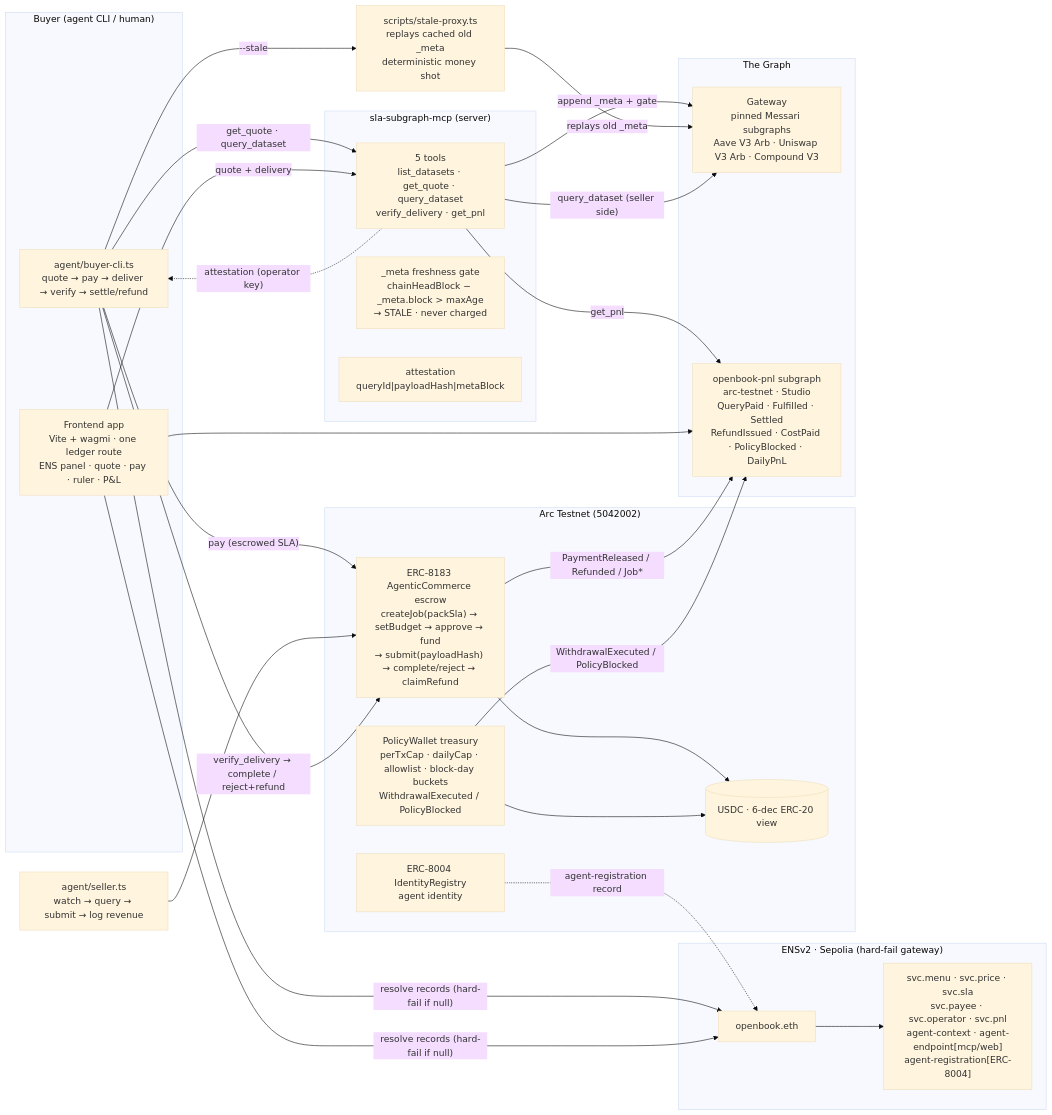
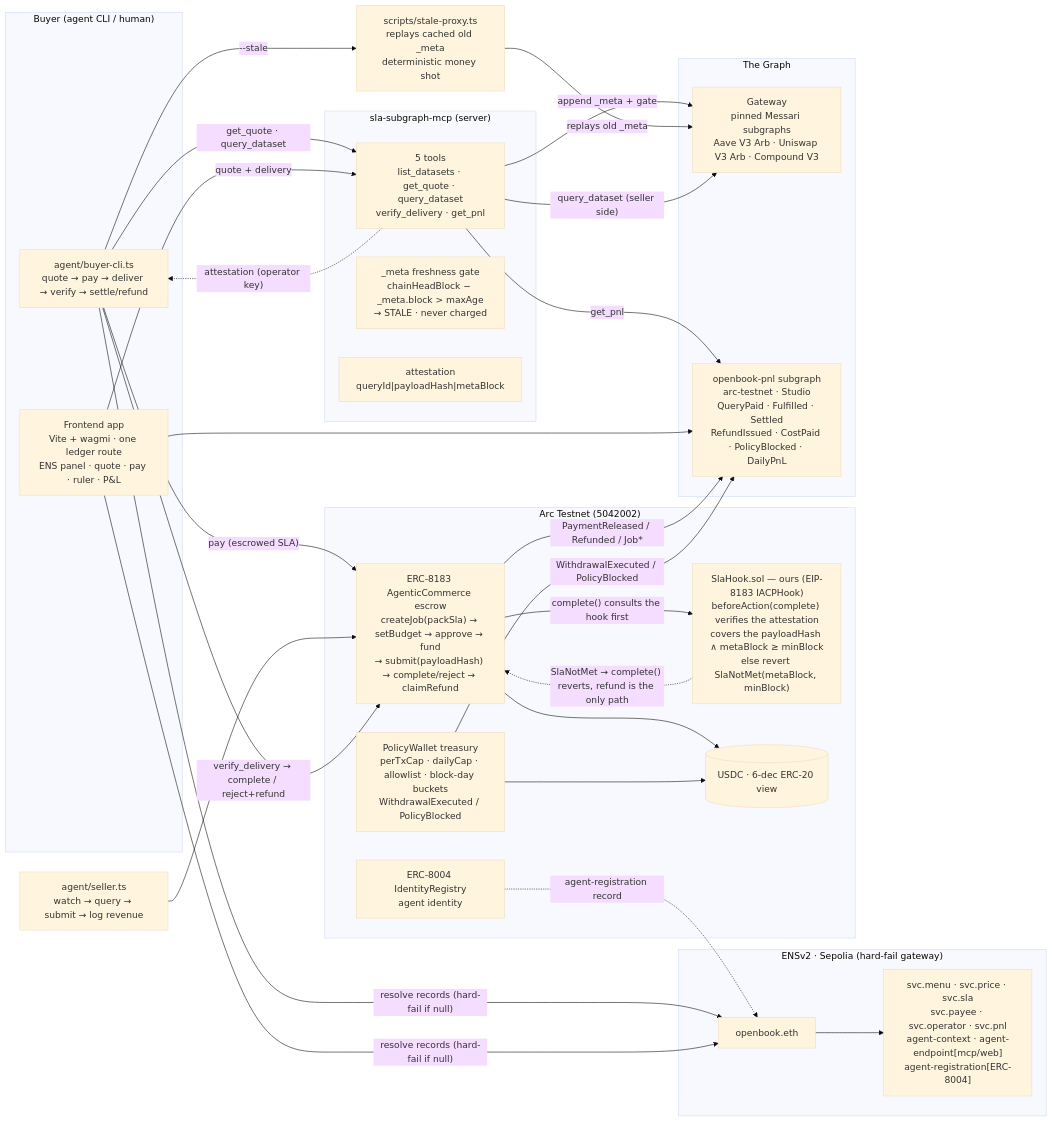
One commit to Aliserag/ethonline2026-openbook changed the diagram in docs/architecture.md. Above: the diagram before and after it, drawn with Mermaid (base theme). The commit also changed other lines of this file and 1 other file, not shown here.

First line of the commit message:
docs(architecture): SlaHook was missing from the diagram and the trust model

````diff
--- a/docs/architecture.md
+++ b/docs/architecture.md
@@ -12,53 +12,56 @@
 ```mermaid
 flowchart LR
     subgraph BuyerSide["Buyer (agent CLI / human)"]
         BC[agent/buyer-cli.ts<br/>quote → pay → deliver → verify → settle/refund]
         FE[Frontend app<br/>Vite + wagmi · one ledger route<br/>ENS panel · quote · pay · ruler · P&L]
     end
 
     subgraph ENSv2["ENSv2 · Sepolia (hard-fail gateway)"]
         NAME[openbook.eth]
         RECS["svc.menu · svc.price · svc.sla<br/>svc.payee · svc.operator · svc.pnl<br/>agent-context · agent-endpoint[mcp/web]<br/>agent-registration[ERC-8004]"]
         NAME --> RECS
     end
 
     subgraph Arc["Arc Testnet (5042002)"]
         J["ERC-8183 AgenticCommerce escrow<br/>createJob(packSla) → setBudget → approve → fund<br/>→ submit(payloadHash) → complete/reject → claimRefund"]
+        HOOK["SlaHook.sol — ours (EIP-8183 IACPHook)<br/>beforeAction(complete) verifies the attestation<br/>covers the payloadHash ∧ metaBlock ≥ minBlock<br/>else revert SlaNotMet(metaBlock, minBlock)"]
         W["PolicyWallet treasury<br/>perTxCap · dailyCap · allowlist · block-day buckets<br/>WithdrawalExecuted / PolicyBlocked"]
         ID["ERC-8004 IdentityRegistry<br/>agent identity"]
         USDC[(USDC · 6-dec ERC-20 view)]
     end
 
     subgraph MCP["sla-subgraph-mcp (server)"]
         S["5 tools<br/>list_datasets · get_quote · query_dataset<br/>verify_delivery · get_pnl"]
         GATE["_meta freshness gate<br/>chainHeadBlock − _meta.block > maxAge<br/>→ STALE · never charged"]
         SIGN["attestation<br/>queryId|payloadHash|metaBlock"]
     end
 
     subgraph Graph["The Graph"]
         GW[Gateway<br/>pinned Messari subgraphs<br/>Aave V3 Arb · Uniswap V3 Arb · Compound V3]
         PNL[openbook-pnl subgraph<br/>arc-testnet · Studio<br/>QueryPaid · Fulfilled · Settled<br/>RefundIssued · CostPaid · PolicyBlocked · DailyPnL]
     end
 
     SP[scripts/stale-proxy.ts<br/>replays cached old _meta<br/>deterministic money shot]
 
     BC -->|"resolve records (hard-fail if null)"| NAME
     FE -->|"resolve records (hard-fail if null)"| NAME
     BC -->|"get_quote · query_dataset"| S
     FE -->|"quote + delivery"| S
     S -->|"append _meta + gate"| GW
     BC -->|"--stale"| SP
     SP -->|"replays old _meta"| GW
     BC -->|"pay (escrowed SLA)"| J
     S -->|"query_dataset (seller side)"| GW
     SEL[agent/seller.ts<br/>watch → query → submit → log revenue] --> J
     BC -->|"verify_delivery → complete / reject+refund"| J
+    J -->|"complete() consults the hook first"| HOOK
+    HOOK -.->|"SlaNotMet → complete() reverts, refund is the only path"| J
     J --> USDC
     J -->|"PaymentReleased / Refunded / Job*"| PNL
     W --> USDC
     W -->|"WithdrawalExecuted / PolicyBlocked"| PNL
     S -->|"get_pnl"| PNL
     FE --> PNL
     ID -.->|"agent-registration record"| NAME
     S -.->|"attestation (operator key)"| BC
 ```
````
